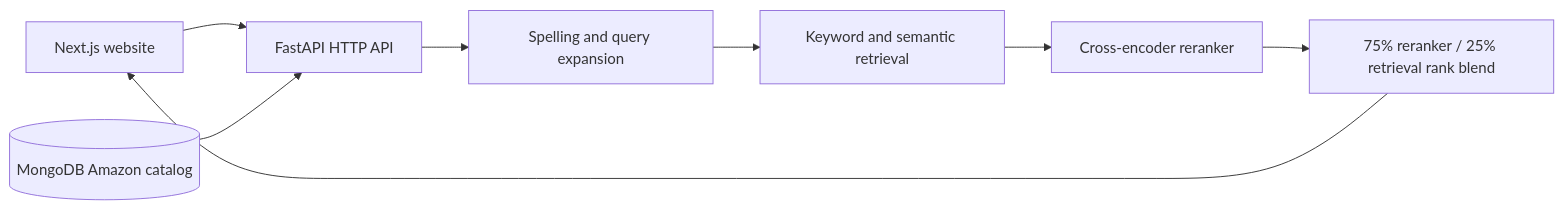
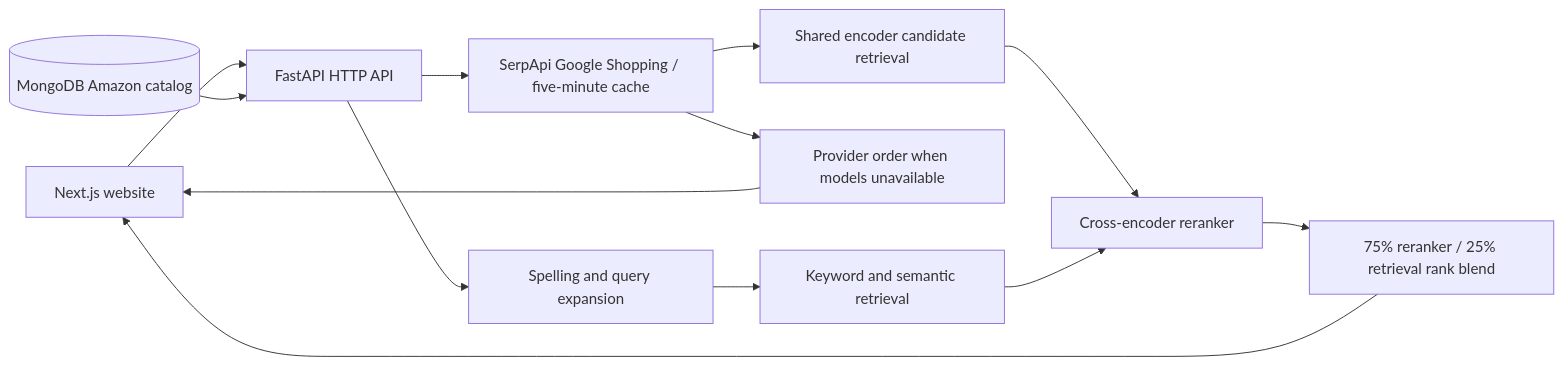
The diagram in docs/architecture.md (Arpitm544/Semantic-Product-Search-Engine), drawn with Mermaid before and after one commit. The commit also changed other lines of this file and 30 other files, not shown here.

````diff
--- a/docs/architecture.md
+++ b/docs/architecture.md
@@ -3,10 +3,15 @@
 ```mermaid
 flowchart LR
     U[Next.js website] --> A[FastAPI HTTP API]
     M[(MongoDB Amazon catalog)] --> A
+    A --> G[SerpApi Google Shopping / five-minute cache]
+    G --> E[Shared encoder candidate retrieval]
+    E --> C
+    G --> F[Provider order when models unavailable]
+    F --> U
     A --> S[Spelling and query expansion]
     S --> R[Keyword and semantic retrieval]
     R --> C[Cross-encoder reranker]
     C --> B[75% reranker / 25% retrieval rank blend]
     B --> U
 ```
````
